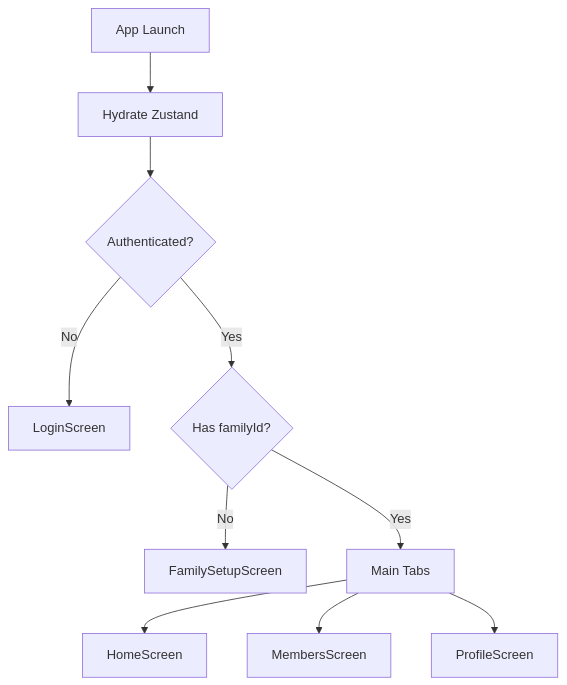
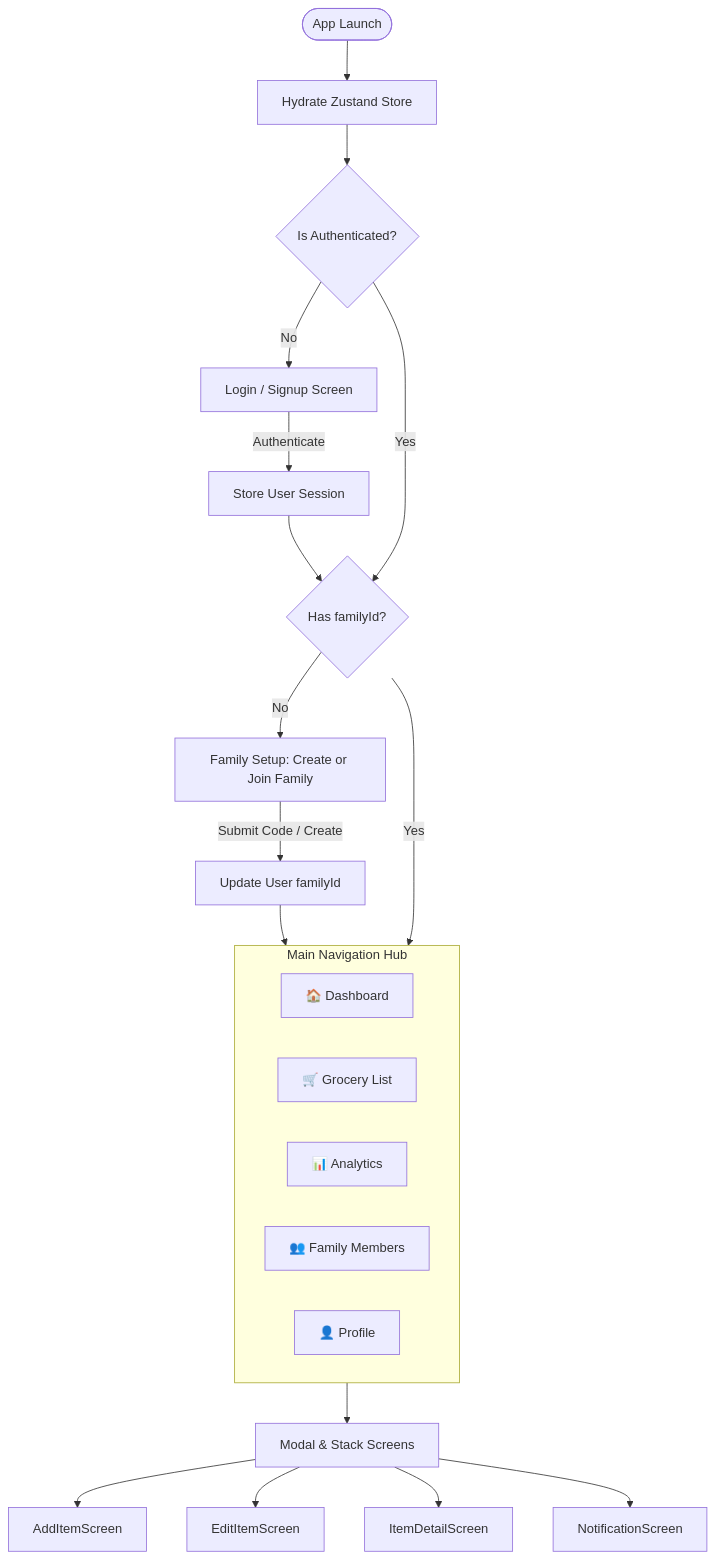
Before and after one commit to mehedihassandev/Family-Grocery-List: the second of 3 diagrams in README.md, drawn with Mermaid. The commit also changed other lines of this file, not shown here.

Commit message:
docs(readme): enhance project overview and update tech stack details

````diff
--- a/README.md
+++ b/README.md
@@ -312,12 +130,29 @@
 ```mermaid
 flowchart TD
-  Start[App Launch] --> Hydrate[Hydrate Zustand]
-  Hydrate --> AuthCheck{Authenticated?}
-  AuthCheck -- No --> Login[LoginScreen]
-  AuthCheck -- Yes --> FamilyCheck{Has familyId?}
-  FamilyCheck -- No --> Setup[FamilySetupScreen]
-  FamilyCheck -- Yes --> Tabs[Main Tabs]
-  Tabs --> Home[HomeScreen]
-  Tabs --> Members[MembersScreen]
-  Tabs --> Profile[ProfileScreen]
+    Launch([App Launch]) --> Hydrate[Hydrate Zustand Store]
+    Hydrate --> CheckAuth{Is Authenticated?}
+
+    CheckAuth -- No --> LoginScreen[Login / Signup Screen]
+    LoginScreen -- Authenticate --> SaveAuth[Store User Session] --> CheckFamily
+
+    CheckAuth -- Yes --> CheckFamily{Has familyId?}
+
+    CheckFamily -- No --> FamilySetupScreen[Family Setup: Create or Join Family]
+    FamilySetupScreen -- Submit Code / Create --> UpdateUser[Update User familyId] --> MainTabs
+
+    CheckFamily -- Yes --> MainTabs["Main App Tab Navigator"]
+
+    subgraph MainTabs ["Main Navigation Hub"]
+        DashboardTab["🏠 Dashboard"]
+        GroceriesTab["🛒 Grocery List"]
+        AnalyticsTab["📊 Analytics"]
+        FamilyTab["👥 Family Members"]
+        ProfileTab["👤 Profile"]
+    end
+
+    MainTabs --> StackScreens["Modal & Stack Screens"]
+    StackScreens --> AddItem["AddItemScreen"]
+    StackScreens --> EditItem["EditItemScreen"]
+    StackScreens --> ItemDetail["ItemDetailScreen"]
+    StackScreens --> Notifications["NotificationScreen"]
 ```
````
